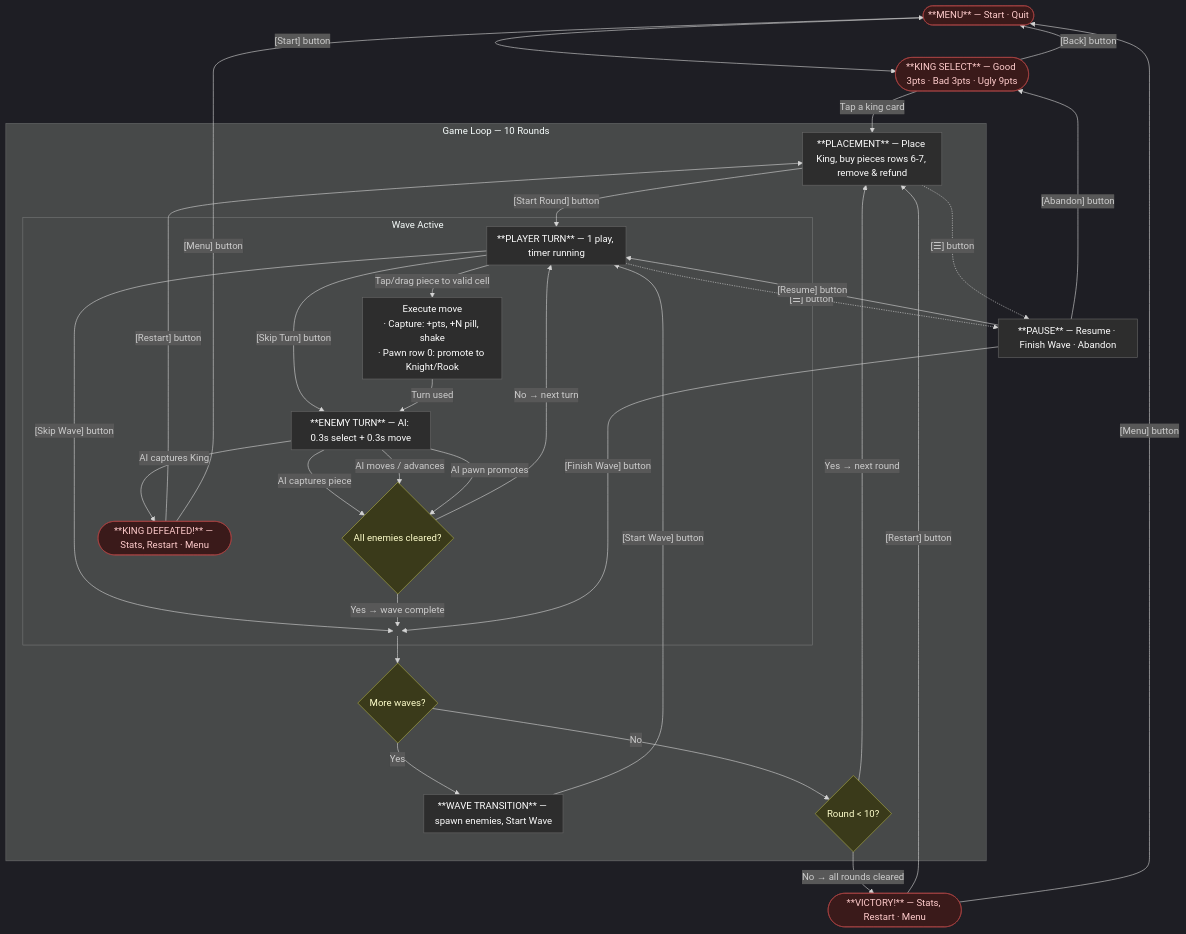
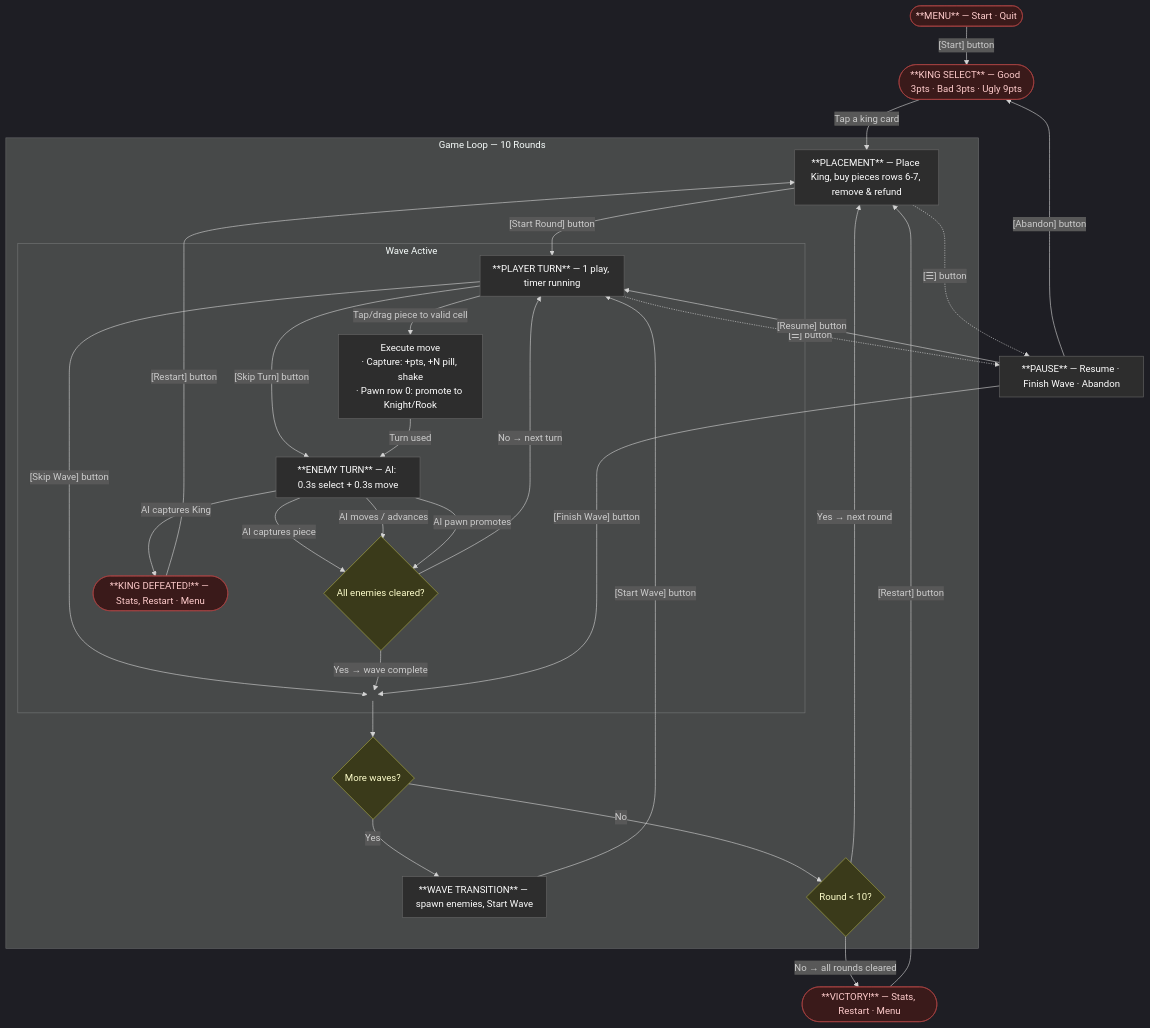
Before and after one commit to SharpMox/ChessBrawl: the diagram in gameplay.md, drawn with Mermaid.

Commit message:
chore: diagram readability

````diff
--- a/gameplay.md
+++ b/gameplay.md
@@ -5,70 +5,69 @@
 ```mermaid
 ---
 config:
   flowchart:
-    nodeSpacing: 20
-    rankSpacing: 30
-    padding: 8
+    nodeSpacing: 50
+    rankSpacing: 40
+    padding: 10
   theme: dark
   themeVariables:
     fontSize: 16px
 ---
 flowchart TD
-    Menu(["**MENU** — Start · Quit"]) -- "[Start] button" --> KS(["**KING SELECT** — Good 3pts · Bad 3pts · Ugly 9pts"])
-    KS -- "[Back] button" --> Menu
+    Menu(["**MENU** — Start · Quit"])
+    KS(["**KING SELECT** — Good 3pts · Bad 3pts · Ugly 9pts"])
+    Menu -- "[Start] button" --> KS
     KS -- "Tap a king card" --> PL
 
     subgraph round ["Game Loop — 10 Rounds"]
         PL["**PLACEMENT** — Place King, buy pieces rows 6-7, remove & refund"]
         PL -- "[Start Round] button" --> PT
 
         subgraph wave ["Wave Active"]
             PT["**PLAYER TURN** — 1 play, timer running"]
             PT -- "Tap/drag piece to valid cell" --> Move["Execute move<br/>· Capture: +pts, +N pill, shake<br/>· Pawn row 0: promote to Knight/Rook"]
             PT -- "[Skip Turn] button" --> ET
             PT -- "[Skip Wave] button" --> WE
             Move -- "Turn used" --> ET
 
             ET["**ENEMY TURN** — AI: 0.3s select + 0.3s move"]
             ET -- "AI captures piece" --> Check
             ET -- "AI captures King" --> GO
             ET -- "AI moves / advances" --> Check
             ET -- "AI pawn promotes" --> Check
 
             Check{All enemies cleared?}
             Check -- No → next turn --> PT
             Check -- Yes → wave complete --> WE{" "}
         end
 
         WE --> MW{More waves?}
         MW -- Yes --> WT["**WAVE TRANSITION** — spawn enemies, Start Wave"]
         WT -- "[Start Wave] button" --> PT
         MW -- No --> MR{Round < 10?}
         MR -- Yes → next round --> PL
     end
 
     MR -- No → all rounds cleared --> V
     V(["**VICTORY!** — Stats, Restart · Menu"])
     GO(["**KING DEFEATED!** — Stats, Restart · Menu"])
     V -- "[Restart] button" --> PL
-    V -- "[Menu] button" --> Menu
     GO -- "[Restart] button" --> PL
-    GO -- "[Menu] button" --> Menu
 
     PL -. "[☰] button" .-> Pause
     PT -. "[☰] button" .-> Pause
     Pause["**PAUSE** — Resume · Finish Wave · Abandon"]
     Pause -- "[Resume] button" --> PT
     Pause -- "[Finish Wave] button" --> WE
     Pause -- "[Abandon] button" --> KS
 
     classDef state fill:#2d2d2d,stroke:#666,color:#fff
     classDef decision fill:#3a3a1a,stroke:#aa4,color:#ffc
     classDef endscreen fill:#3a1a1a,stroke:#a44,color:#fcc
     classDef hidden fill:none,stroke:none,color:none
     class PL,PT,ET,WT,Move state
     class Menu,KS,V,GO endscreen
     class Check,MW,MR decision
     class WE hidden
     class Pause state
 ```
````
